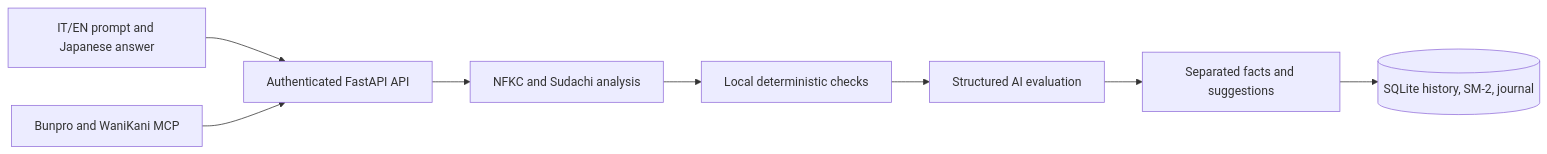
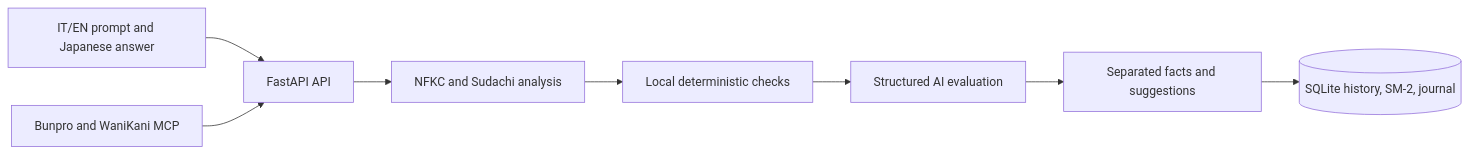
The diagram in README.md (Alexxanddr/jlpt-bun-dojo), drawn with Mermaid before and after one commit. The commit also changed other lines of this file and 11 other files, not shown here.

````diff
--- a/README.md
+++ b/README.md
@@ -152,10 +154,10 @@
 ```mermaid
 flowchart LR
-    UI[IT/EN prompt and Japanese answer] --> API[Authenticated FastAPI API]
+    UI[IT/EN prompt and Japanese answer] --> API[FastAPI API]
     API --> TOK[NFKC and Sudachi analysis]
     TOK --> RULES[Local deterministic checks]
     RULES --> AI[Structured AI evaluation]
     AI --> RESULT[Separated facts and suggestions]
     RESULT --> DB[(SQLite history, SM-2, journal)]
     MCP[Bunpro and WaniKani MCP] --> API
 ```
````
